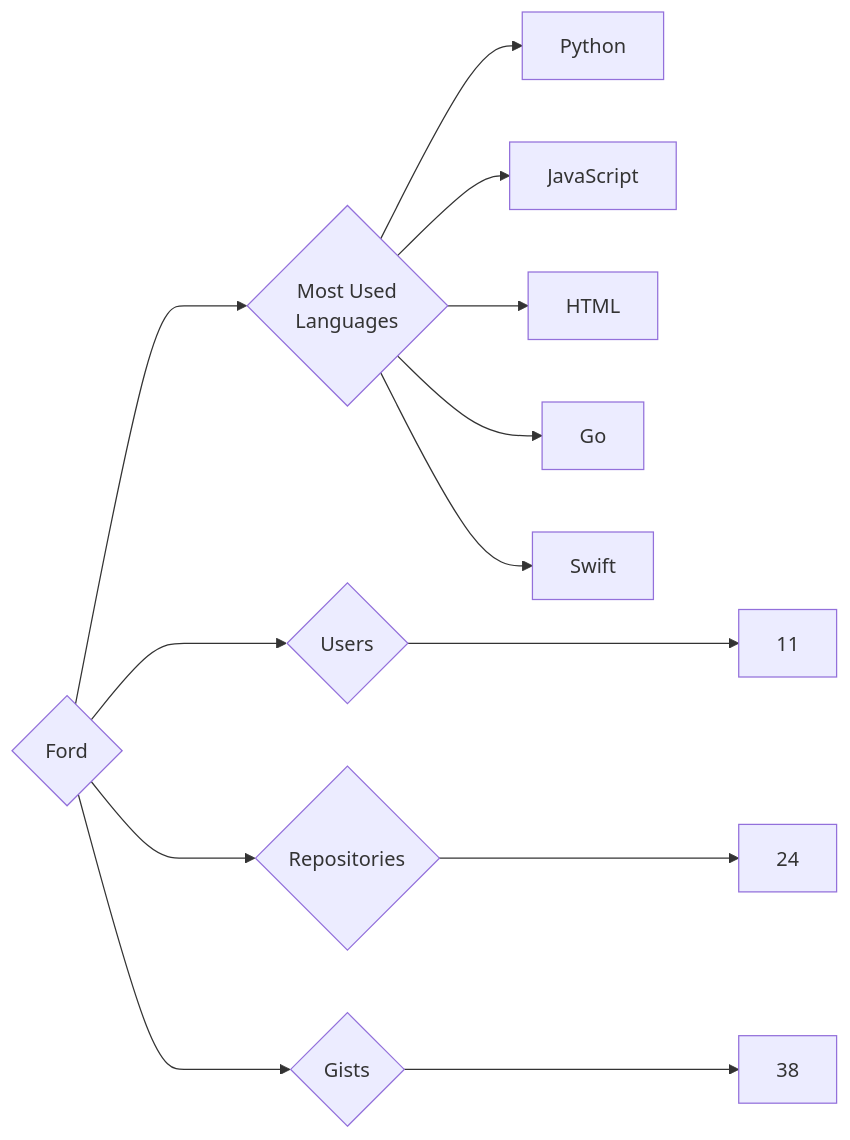
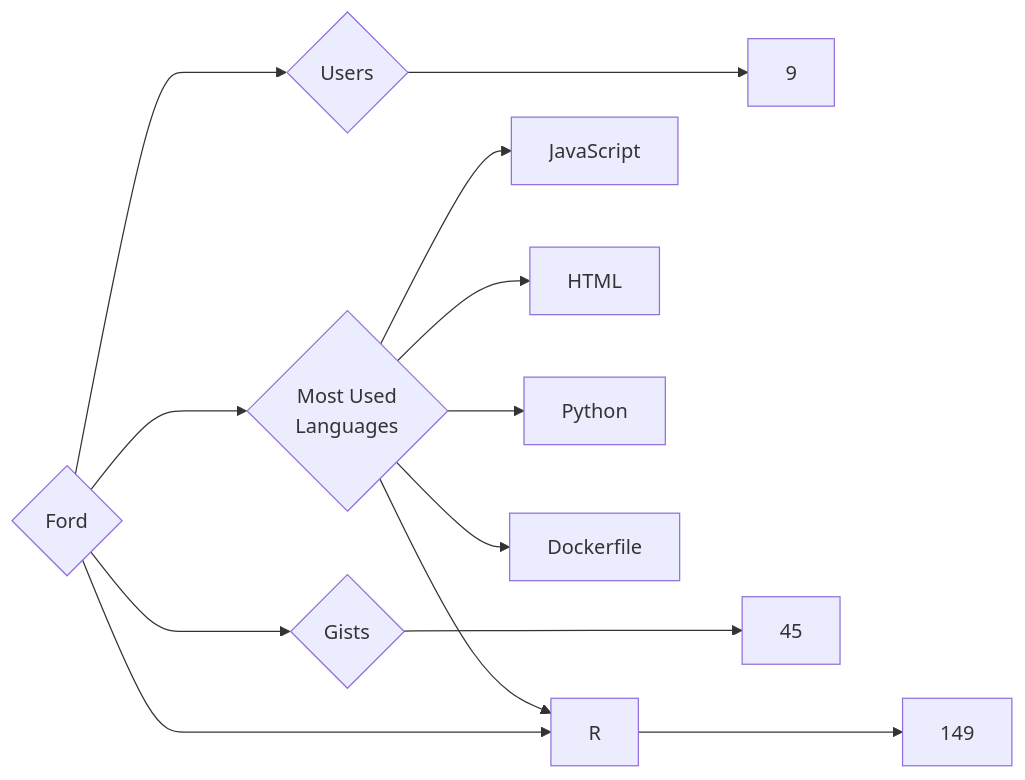
Before and after one commit to trickest/insiders: the diagram in targets/Ford/README.md, drawn with Mermaid. The commit also changed 1167 other files, not shown here.

````diff
--- a/targets/Ford/README.md
+++ b/targets/Ford/README.md
@@ -3,13 +3,13 @@
 ```mermaid
 graph LR
 COMPANY_NAME{Ford}
-COMPANY_NAME ---> U{Users} ---> UN[11]
-COMPANY_NAME ---> R{Repositories} ---> RN[24]
-COMPANY_NAME ---> G{Gists} ---> GN[38]
+COMPANY_NAME ---> U{Users} ---> UN[9]
+COMPANY_NAME ---> R{Repositories} ---> RN[149]
+COMPANY_NAME ---> G{Gists} ---> GN[45]
 COMPANY_NAME ---> ML{Most Used<br>Languages}
-ML --> Python[Python]
 ML --> JavaScript[JavaScript]
 ML --> HTML[HTML]
-ML --> Go[Go]
-ML --> Swift[Swift]
+ML --> R[R]
+ML --> Python[Python]
+ML --> Dockerfile[Dockerfile]
 ```
````
